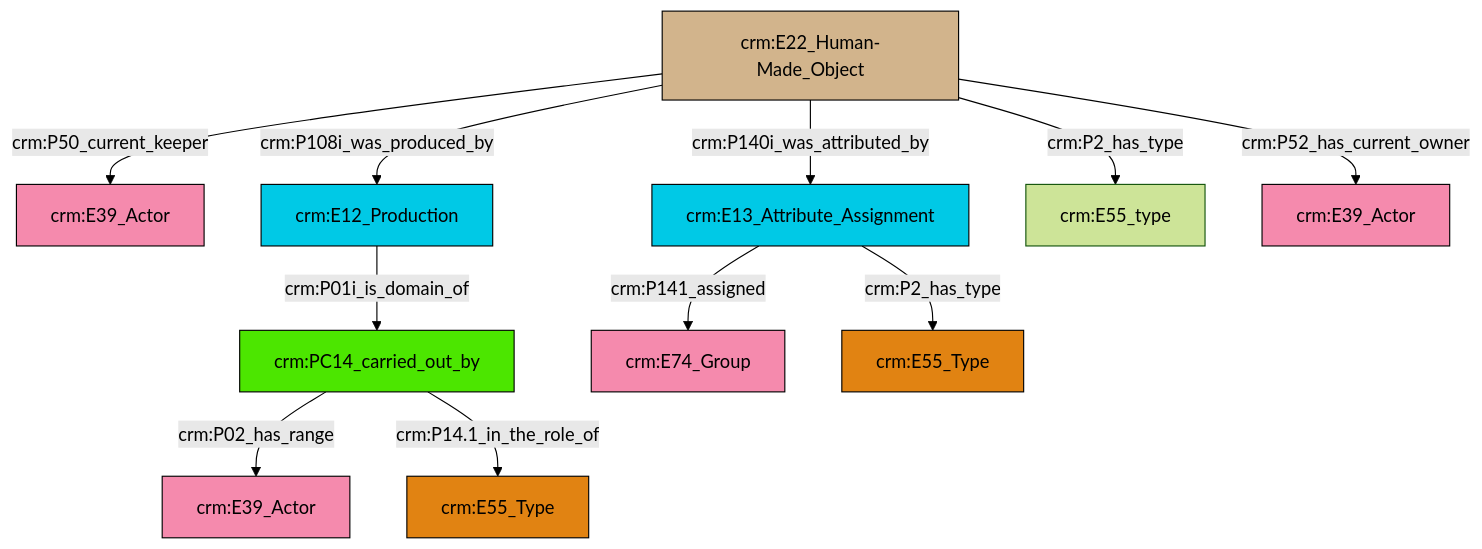
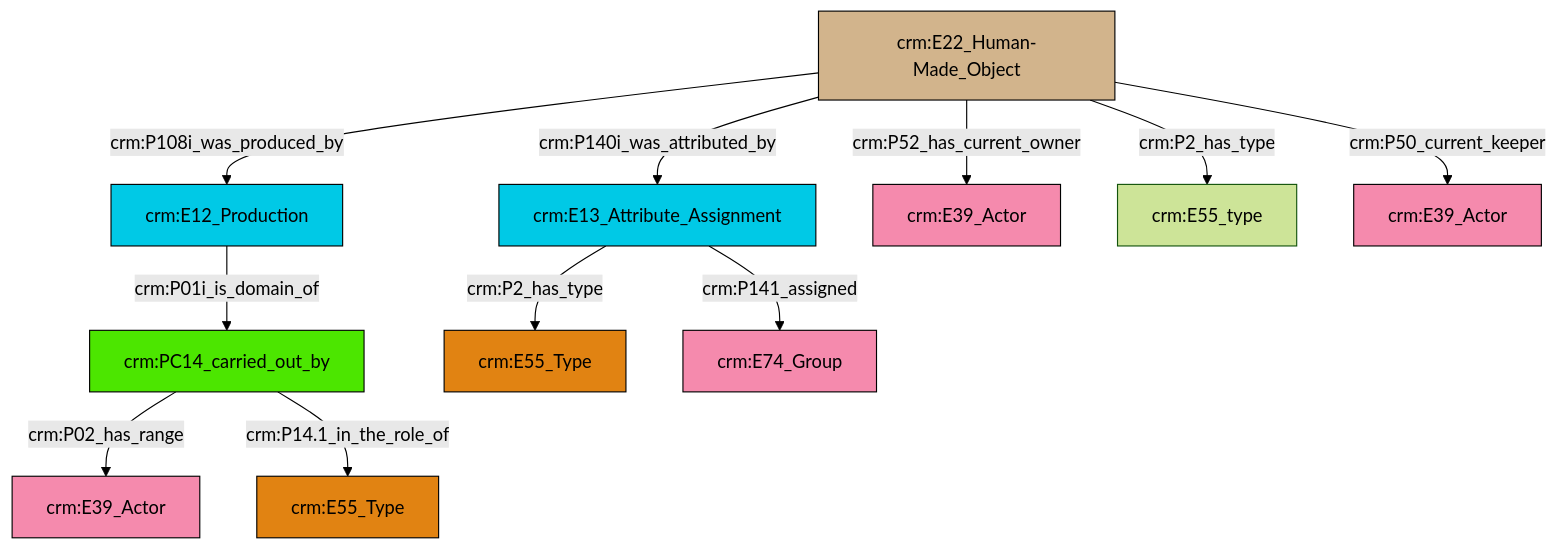
Before and after one commit to swiss-art-research-net/docs.swissartresearch: the diagram in et/artworkCSV/ttl/mmd/Artwork_Actor_Relations.ttl.mmd, drawn with Mermaid (forest theme). The commit also changed 175 other files, not shown here.

```diff
--- a/et/artworkCSV/ttl/mmd/Artwork_Actor_Relations.ttl.mmd
+++ b/et/artworkCSV/ttl/mmd/Artwork_Actor_Relations.ttl.mmd
@@ -1,25 +1,25 @@
 graph TD
 classDef Literal fill:#f2f2f2,stroke:#000000;
 classDef CRM_Entity fill:#FFFFFF,stroke:#000000;
 classDef Temporal_Entity fill:#00C9E6, stroke:#000000;
 classDef Type fill:#E18312, stroke:#000000;
 classDef Time-Span fill:#2C9C91, stroke:#000000;
 classDef Appellation fill:#FFEB7F, stroke:#000000;
 classDef Place fill:#008836, stroke:#000000;
 classDef Persistent_Item fill:#B266B2, stroke:#000000;
 classDef Conceptual_Object fill:#FFD700, stroke:#000000;
 classDef Physical_Thing fill:#D2B48C, stroke:#000000;
 classDef Actor fill:#f58aad, stroke:#000000;
 classDef PC_Classes fill:#4ce600, stroke:#000000;
 classDef Multi fill:#cccccc,stroke:#000000;
 
-0["crm:E22_Human-Made_Object"]:::Physical_Thing -->|crm:P50_current_keeper| 1["crm:E39_Actor"]:::Actor
-0["crm:E22_Human-Made_Object"]:::Physical_Thing -->|crm:P108i_was_produced_by| 2["crm:E12_Production"]:::Temporal_Entity
-3["crm:PC14_carried_out_by"]:::PC_Classes -->|crm:P02_has_range| 4["crm:E39_Actor"]:::Actor
-5["crm:E13_Attribute_Assignment"]:::Temporal_Entity -->|crm:P141_assigned| 6["crm:E74_Group"]:::Actor
-5["crm:E13_Attribute_Assignment"]:::Temporal_Entity -->|crm:P2_has_type| 7["crm:E55_Type"]:::Type
-2["crm:E12_Production"]:::Temporal_Entity -->|crm:P01i_is_domain_of| 3["crm:PC14_carried_out_by"]:::PC_Classes
-0["crm:E22_Human-Made_Object"]:::Physical_Thing -->|crm:P52_has_current_owner| 15["crm:E39_Actor"]:::Actor
-3["crm:PC14_carried_out_by"]:::PC_Classes -->|crm:P14.1_in_the_role_of| 8["crm:E55_Type"]:::Type
-0["crm:E22_Human-Made_Object"]:::Physical_Thing -->|crm:P2_has_type| 12["crm:E55_type"]:::Default
-0["crm:E22_Human-Made_Object"]:::Physical_Thing -->|crm:P140i_was_attributed_by| 5["crm:E13_Attribute_Assignment"]:::Temporal_Entity
+2["crm:E22_Human-Made_Object"]:::Physical_Thing -->|crm:P140i_was_attributed_by| 3["crm:E13_Attribute_Assignment"]:::Temporal_Entity
+4["crm:PC14_carried_out_by"]:::PC_Classes -->|crm:P02_has_range| 10["crm:E39_Actor"]:::Actor
+2["crm:E22_Human-Made_Object"]:::Physical_Thing -->|crm:P108i_was_produced_by| 6["crm:E12_Production"]:::Temporal_Entity
+3["crm:E13_Attribute_Assignment"]:::Temporal_Entity -->|crm:P141_assigned| 11["crm:E74_Group"]:::Actor
+3["crm:E13_Attribute_Assignment"]:::Temporal_Entity -->|crm:P2_has_type| 8["crm:E55_Type"]:::Type
+2["crm:E22_Human-Made_Object"]:::Physical_Thing -->|crm:P2_has_type| 16["crm:E55_type"]:::Default
+4["crm:PC14_carried_out_by"]:::PC_Classes -->|crm:P14.1_in_the_role_of| 0["crm:E55_Type"]:::Type
+2["crm:E22_Human-Made_Object"]:::Physical_Thing -->|crm:P52_has_current_owner| 14["crm:E39_Actor"]:::Actor
+6["crm:E12_Production"]:::Temporal_Entity -->|crm:P01i_is_domain_of| 4["crm:PC14_carried_out_by"]:::PC_Classes
+2["crm:E22_Human-Made_Object"]:::Physical_Thing -->|crm:P50_current_keeper| 20["crm:E39_Actor"]:::Actor
```
